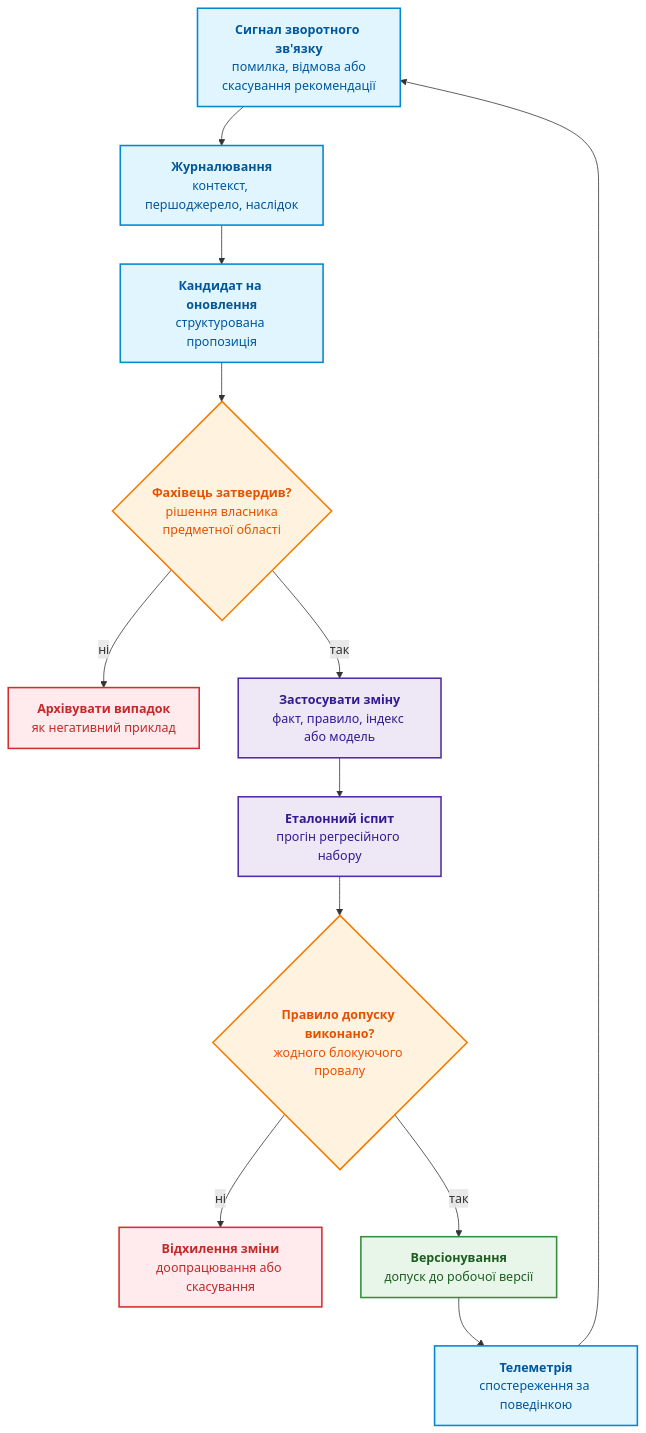
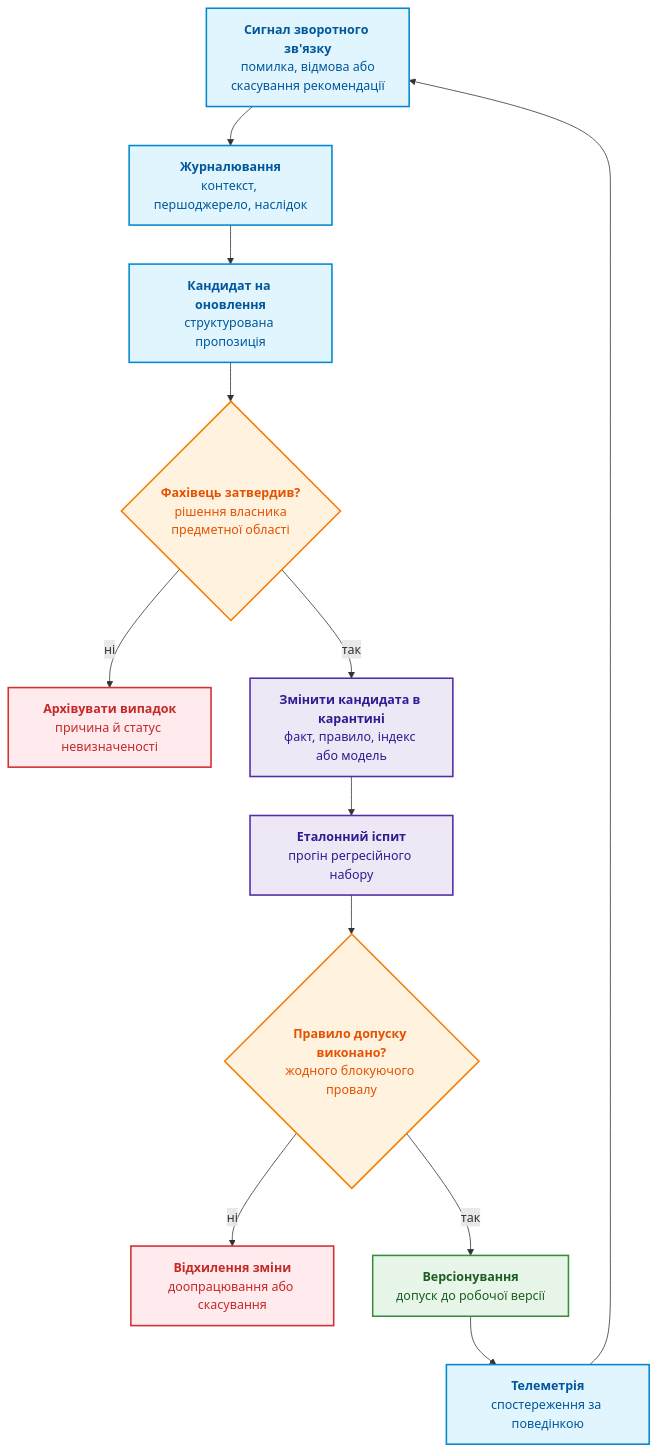
Before and after one commit to nick-fedchik/articles: the fifth of 6 diagrams in ExpertSystem/ch25-how-expert-systems-learn.md, drawn with Mermaid. The commit also changed other lines of this file and 9 other files, not shown here.

````diff
--- a/ExpertSystem/ch25-how-expert-systems-learn.md
+++ b/ExpertSystem/ch25-how-expert-systems-learn.md
@@ -809,29 +1034,29 @@
 ```mermaid
 flowchart TD
     accTitle: Цикл керованого зворотного зв'язку
     accDescr: Сигнал журналюють із контекстом, перетворюють на кандидата, фахівець затверджує або архівує кандидата, затверджену зміну перевіряють еталонним іспитом, після якого зміну відхиляють або версіонують, а телеметрія породжує нові сигнали.
 
     Signal["<b>Сигнал зворотного зв'язку</b><br/>помилка, відмова або<br/>скасування рекомендації"] --> Record["<b>Журналювання</b><br/>контекст, першоджерело, наслідок"]
     Record --> Candidate["<b>Кандидат на оновлення</b><br/>структурована пропозиція"]
     Candidate --> Expert{"<b>Фахівець затвердив?</b><br/>рішення власника<br/>предметної області"}
-    Expert -- "ні" --> Archive["<b>Архівувати випадок</b><br/>як негативний приклад"]
-    Expert -- "так" --> Change["<b>Застосувати зміну</b><br/>факт, правило, індекс або модель"]
+    Expert -- "ні" --> Archive["<b>Архівувати випадок</b><br/>причина й статус невизначеності"]
+    Expert -- "так" --> Change["<b>Змінити кандидата в карантині</b><br/>факт, правило, індекс або модель"]
     Change --> Exam["<b>Еталонний іспит</b><br/>прогін регресійного набору"]
     Exam --> Gate{"<b>Правило допуску виконано?</b><br/>жодного блокуючого провалу"}
     Gate -- "ні" --> Rollback["<b>Відхилення зміни</b><br/>доопрацювання або скасування"]
     Gate -- "так" --> Release["<b>Версіонування</b><br/>допуск до робочої версії"]
     Release --> Monitor["<b>Телеметрія</b><br/>спостереження за поведінкою"]
     Monitor --> Signal
 
     classDef sig fill:#e1f5fe,stroke:#0288d1,stroke-width:2px,color:#01579b;
     classDef gate fill:#fff3e0,stroke:#f57c00,stroke-width:2px,color:#e65100;
     classDef run fill:#ede7f6,stroke:#512da8,stroke-width:2px,color:#311b92;
     classDef ok fill:#e8f5e9,stroke:#388e3c,stroke-width:2px,color:#1b5e20;
     classDef fail fill:#ffebee,stroke:#d32f2f,stroke-width:2px,color:#c62828;
 
     class Signal,Record,Candidate,Monitor sig;
     class Expert,Gate gate;
     class Change,Exam run;
     class Release ok;
     class Archive,Rollback fail;
 ```
````
